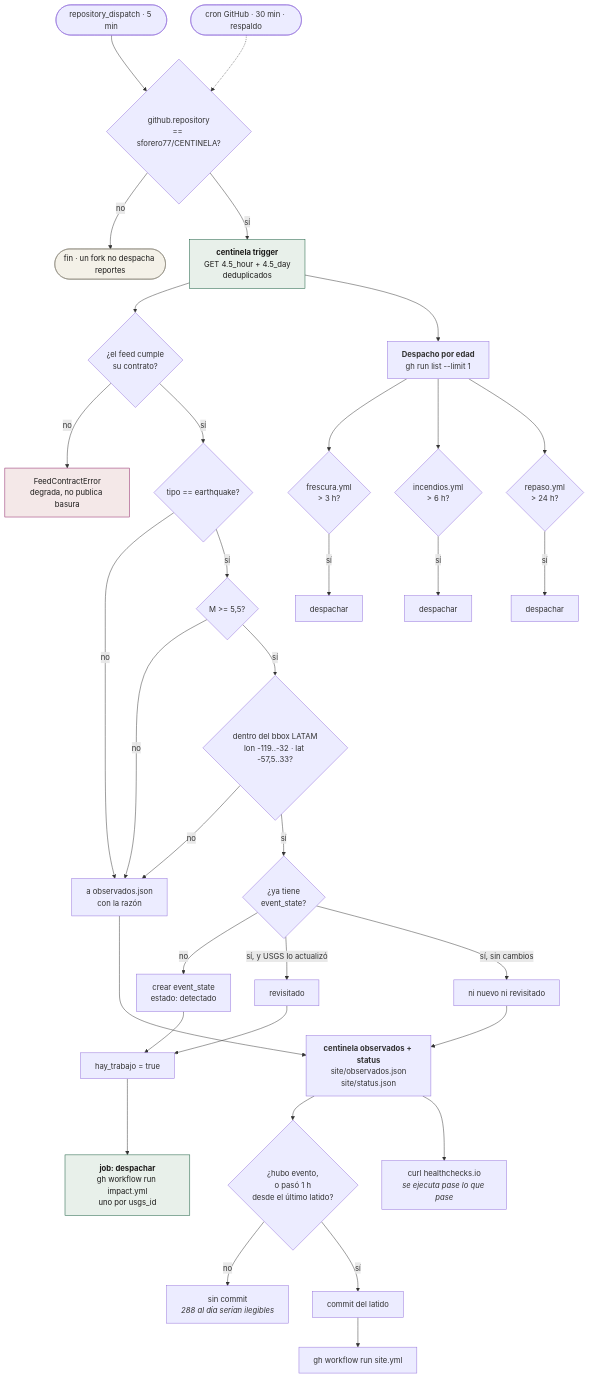
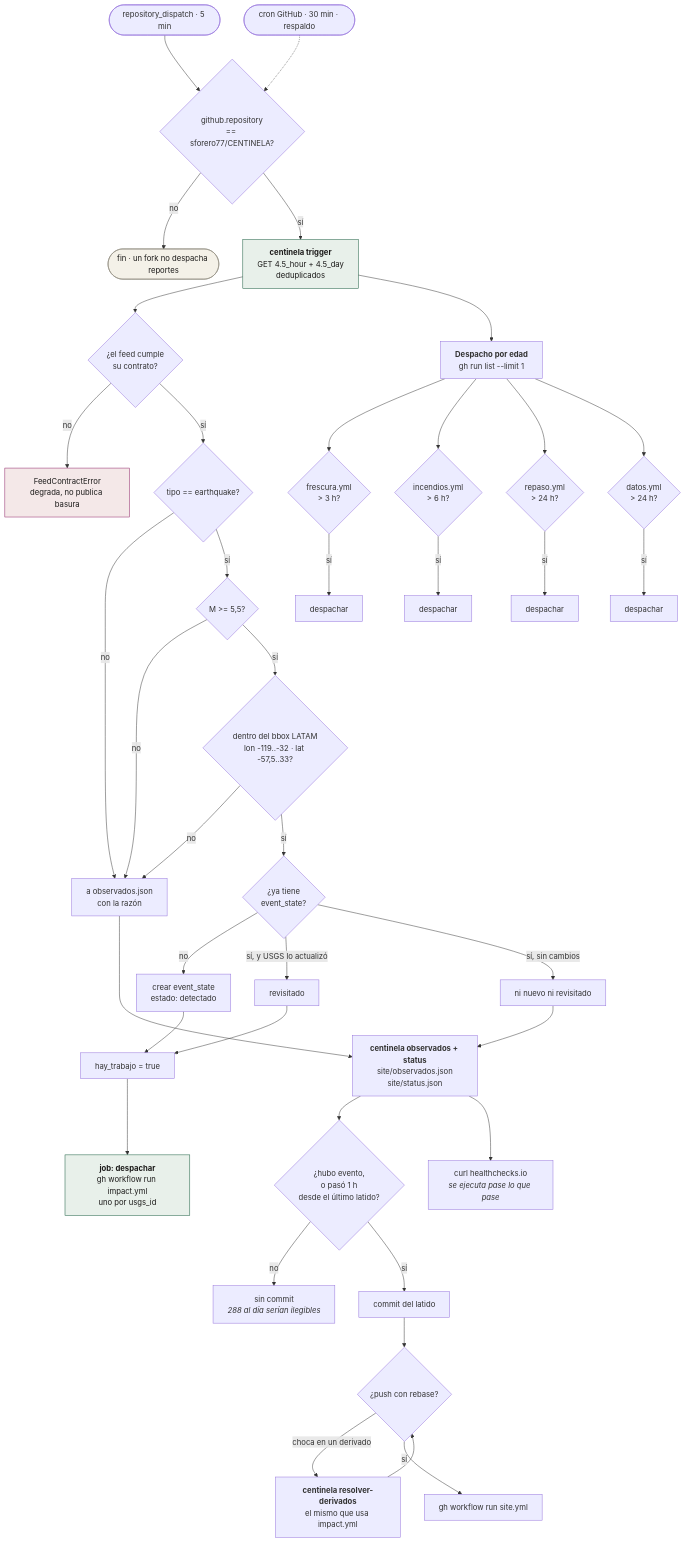
One commit to sforero77/CENTINELA changed the second of 15 diagrams in docs/acciones/por-reloj.md. Above: the diagram before and after it, drawn with Mermaid. The commit also changed other lines of this file and 20 other files, not shown here.

````diff
--- a/docs/acciones/por-reloj.md
+++ b/docs/acciones/por-reloj.md
@@ -69,51 +69,56 @@
 ```mermaid
 flowchart TB
   D5(["repository_dispatch · 5 min"]) --> GUARD
   C30(["cron GitHub · 30 min · respaldo"]) -.-> GUARD
 
   GUARD{"github.repository<br/>== sforero77/CENTINELA?"}
   GUARD -->|no| FORK(["fin · un fork no despacha reportes"])
   GUARD -->|sí| FEED["<b>centinela trigger</b><br/>GET 4.5_hour + 4.5_day<br/>deduplicados"]
 
   FEED --> CONTR{"¿el feed cumple<br/>su contrato?"}
   CONTR -->|no| DEG["FeedContractError<br/>degrada, no publica basura"]
   CONTR -->|sí| F1
 
   F1{"tipo == earthquake?"}
   F1 -->|no| OBS["a observados.json<br/>con la razón"]
   F1 -->|sí| F2{"M &gt;= 5,5?"}
   F2 -->|no| OBS
   F2 -->|sí| F3{"dentro del bbox LATAM<br/>lon -119..-32 · lat -57,5..33?"}
   F3 -->|no| OBS
   F3 -->|sí| NUEVO{"¿ya tiene<br/>event_state?"}
 
   NUEVO -->|no| CREA["crear event_state<br/>estado: detectado"]
   NUEVO -->|"sí, y USGS lo actualizó"| REVIS["revisitado"]
   NUEVO -->|"sí, sin cambios"| NADA["ni nuevo ni revisitado"]
 
   CREA --> HAY
   REVIS --> HAY
   HAY["hay_trabajo = true"] --> JOB2["<b>job: despachar</b><br/>gh workflow run impact.yml<br/>uno por usgs_id"]
 
   FEED --> EDAD["<b>Despacho por edad</b><br/>gh run list --limit 1"]
   EDAD --> E1{"frescura.yml<br/>&gt; 3 h?"}
   EDAD --> E2{"incendios.yml<br/>&gt; 6 h?"}
   EDAD --> E3{"repaso.yml<br/>&gt; 24 h?"}
+  EDAD --> E4{"datos.yml<br/>&gt; 24 h?"}
   E1 -->|sí| DISP1["despachar"]
   E2 -->|sí| DISP2["despachar"]
   E3 -->|sí| DISP3["despachar"]
+  E4 -->|sí| DISP4["despachar"]
 
   OBS --> EST
   NADA --> EST
   EST["<b>centinela observados + status</b><br/>site/observados.json<br/>site/status.json"] --> FRENO{"¿hubo evento,<br/>o pasó 1 h<br/>desde el último latido?"}
   FRENO -->|no| SINCOMMIT["sin commit<br/><i>288 al día serían ilegibles</i>"]
   FRENO -->|sí| COMMIT["commit del latido"]
-  COMMIT --> SITE["gh workflow run site.yml"]
+  COMMIT --> PUSH{"¿push con rebase?"}
+  PUSH -->|"choca en un derivado"| RES["<b>centinela resolver-derivados</b><br/>el mismo que usa impact.yml"]
+  RES --> PUSH
+  PUSH -->|sí| SITE["gh workflow run site.yml"]
 
   EST --> HC["curl healthchecks.io<br/><i>se ejecuta pase lo que pase</i>"]
 
   style FEED fill:#e8f0ea,stroke:#0f5636,color:#1c1b1a
   style JOB2 fill:#e8f0ea,stroke:#0f5636,color:#1c1b1a
   style DEG fill:#f4e8e8,stroke:#8c1d64,color:#1c1b1a
   style FORK fill:#f4f1e8,stroke:#8a8578,color:#1c1b1a
 ```
````
